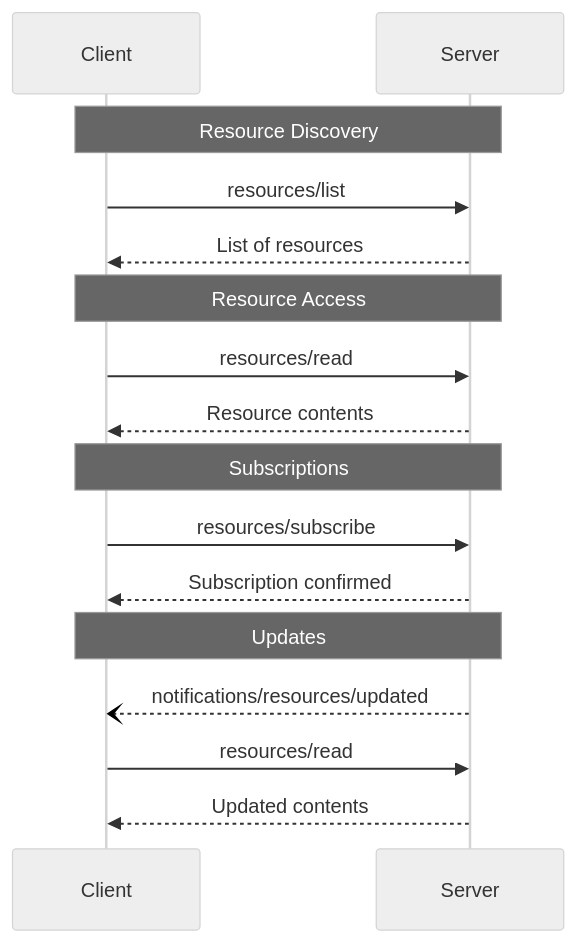
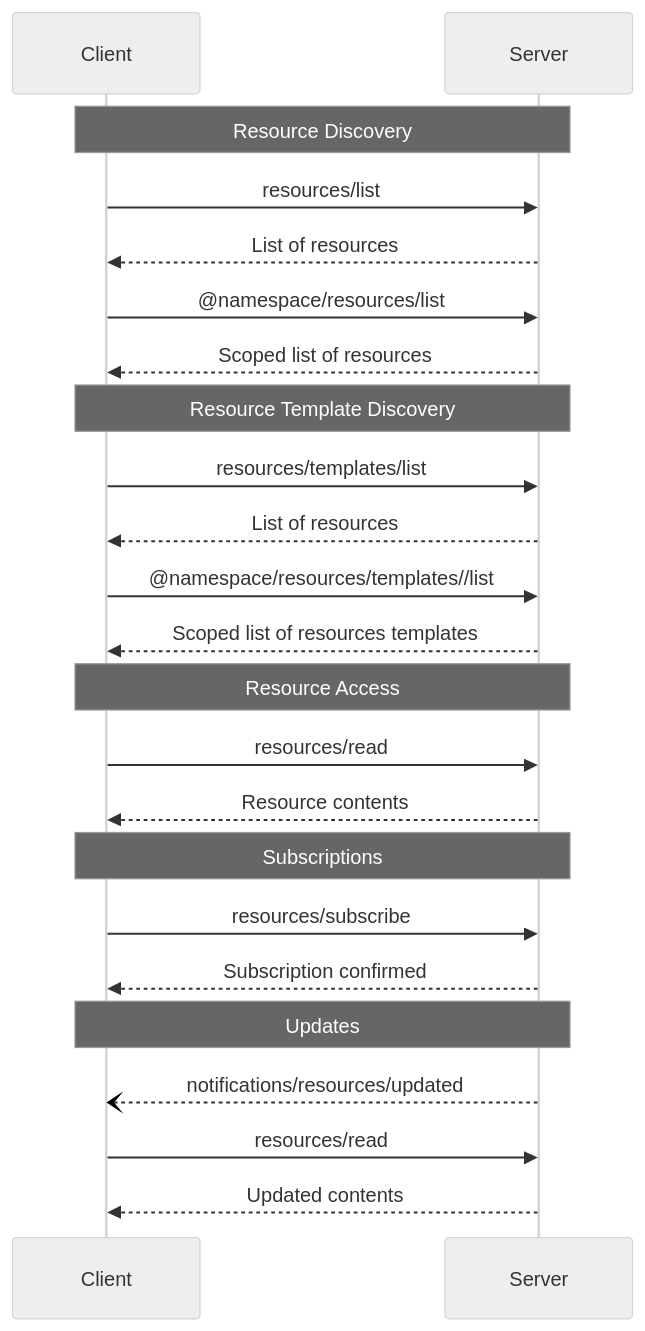
Before and after one commit to modelcontextprotocol/specification: the diagram in docs/specification/draft/server/resources.mdx, drawn with Mermaid (neutral theme). The commit also changed 5 other files, not shown here.

````diff
--- a/docs/specification/draft/server/resources.mdx
+++ b/docs/specification/draft/server/resources.mdx
@@ -237,22 +237,30 @@
 ```mermaid
 sequenceDiagram
     participant Client
     participant Server
 
     Note over Client,Server: Resource Discovery
     Client->>Server: resources/list
     Server-->>Client: List of resources
+    Client->>Server: @namespace/resources/list
+    Server-->>Client: Scoped list of resources
+
+    Note over Client,Server: Resource Template Discovery
+    Client->>Server: resources/templates/list
+    Server-->>Client: List of resources
+    Client->>Server: @namespace/resources/templates//list
+    Server-->>Client: Scoped list of resources templates
 
     Note over Client,Server: Resource Access
     Client->>Server: resources/read
     Server-->>Client: Resource contents
 
     Note over Client,Server: Subscriptions
     Client->>Server: resources/subscribe
     Server-->>Client: Subscription confirmed
 
     Note over Client,Server: Updates
     Server--)Client: notifications/resources/updated
     Client->>Server: resources/read
     Server-->>Client: Updated contents
 ```
````
